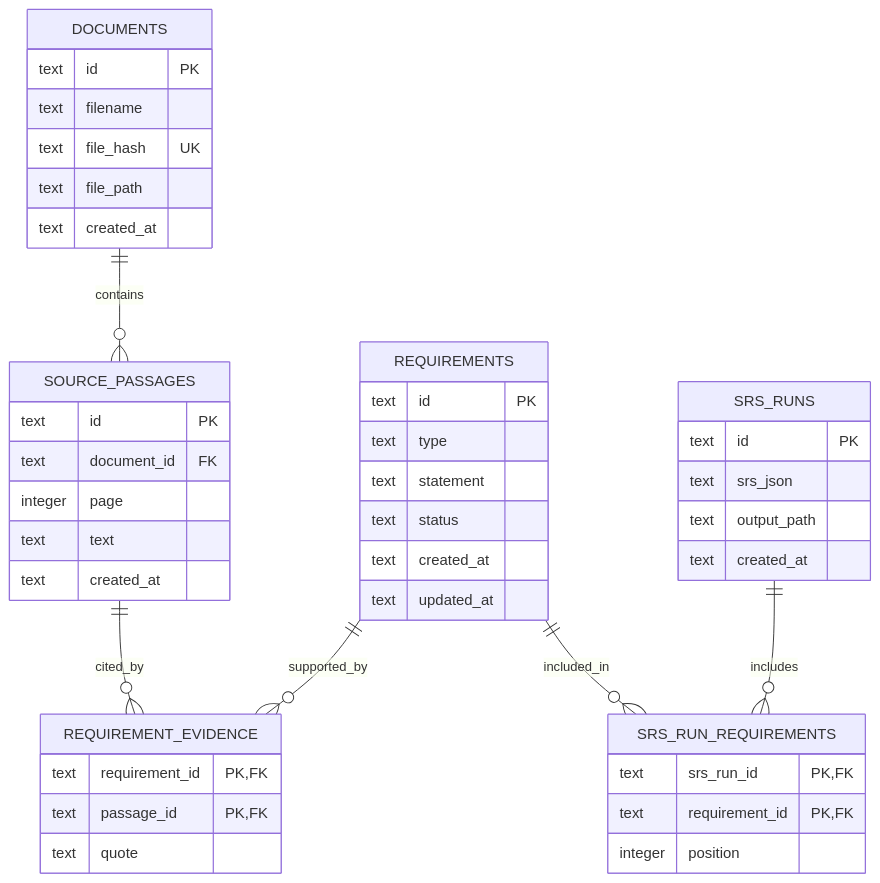
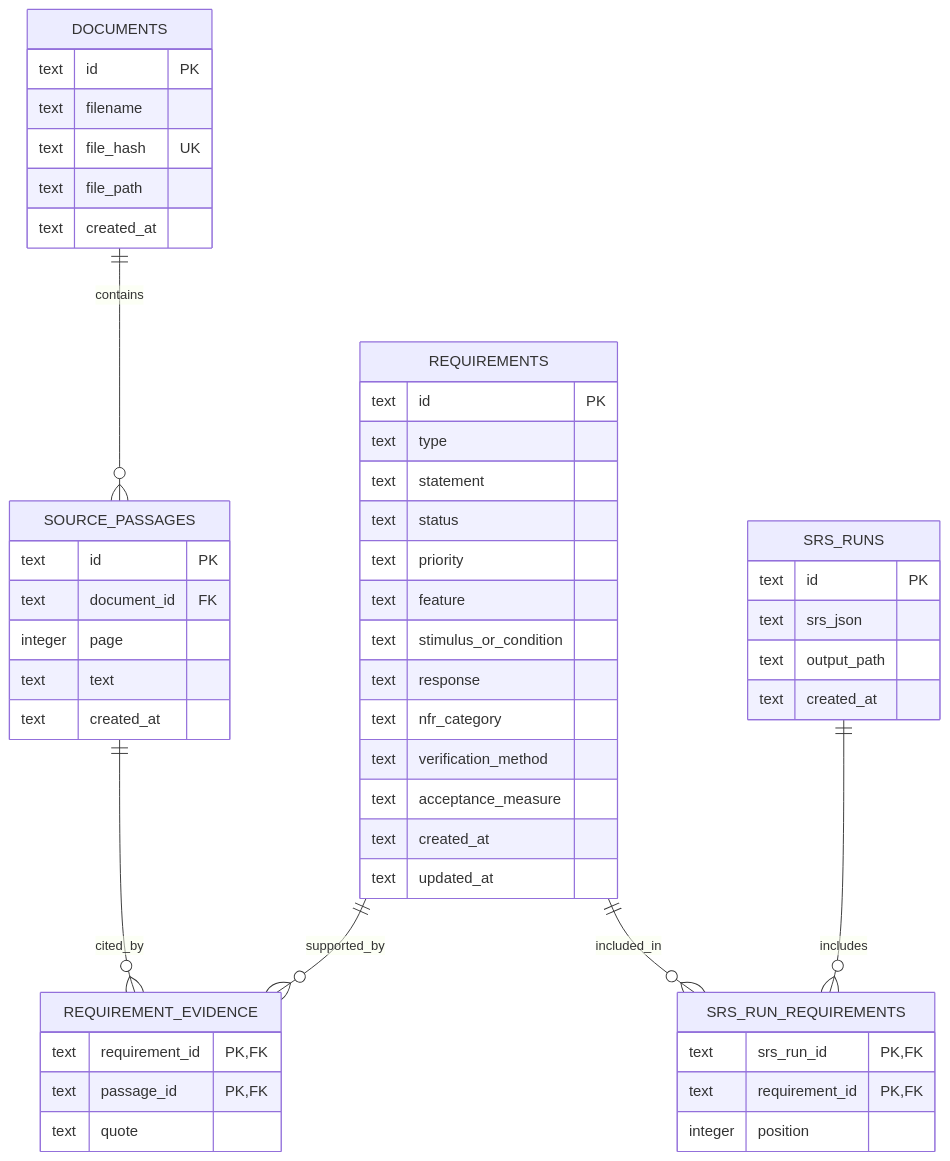
The first of 2 diagrams in src/database/spec.md (ChinotChese/spec-test-ai), drawn with Mermaid before and after one commit. The commit also changed other lines of this file and 2 other files, not shown here.

Commit message:
feat: add 7 fields to requirements table to fit with schemas

````diff
--- a/src/database/spec.md
+++ b/src/database/spec.md
@@ -14,47 +16,54 @@
 ```mermaid
 erDiagram
     DOCUMENTS ||--o{ SOURCE_PASSAGES : contains
     SOURCE_PASSAGES ||--o{ REQUIREMENT_EVIDENCE : cited_by
     REQUIREMENTS ||--o{ REQUIREMENT_EVIDENCE : supported_by
     REQUIREMENTS ||--o{ SRS_RUN_REQUIREMENTS : included_in
     SRS_RUNS ||--o{ SRS_RUN_REQUIREMENTS : includes
 
     DOCUMENTS {
         text id PK
         text filename
         text file_hash UK
         text file_path
         text created_at
     }
     SOURCE_PASSAGES {
         text id PK
         text document_id FK
         integer page
         text text
         text created_at
     }
     REQUIREMENTS {
         text id PK
         text type
         text statement
         text status
+        text priority
+        text feature
+        text stimulus_or_condition
+        text response
+        text nfr_category
+        text verification_method
+        text acceptance_measure
         text created_at
         text updated_at
     }
     SRS_RUNS {
         text id PK
         text srs_json
         text output_path
         text created_at
     }
     REQUIREMENT_EVIDENCE {
         text requirement_id PK, FK
         text passage_id PK, FK
         text quote
     }
     SRS_RUN_REQUIREMENTS {
         text srs_run_id PK, FK
         text requirement_id PK, FK
         integer position
     }
 ```
````
